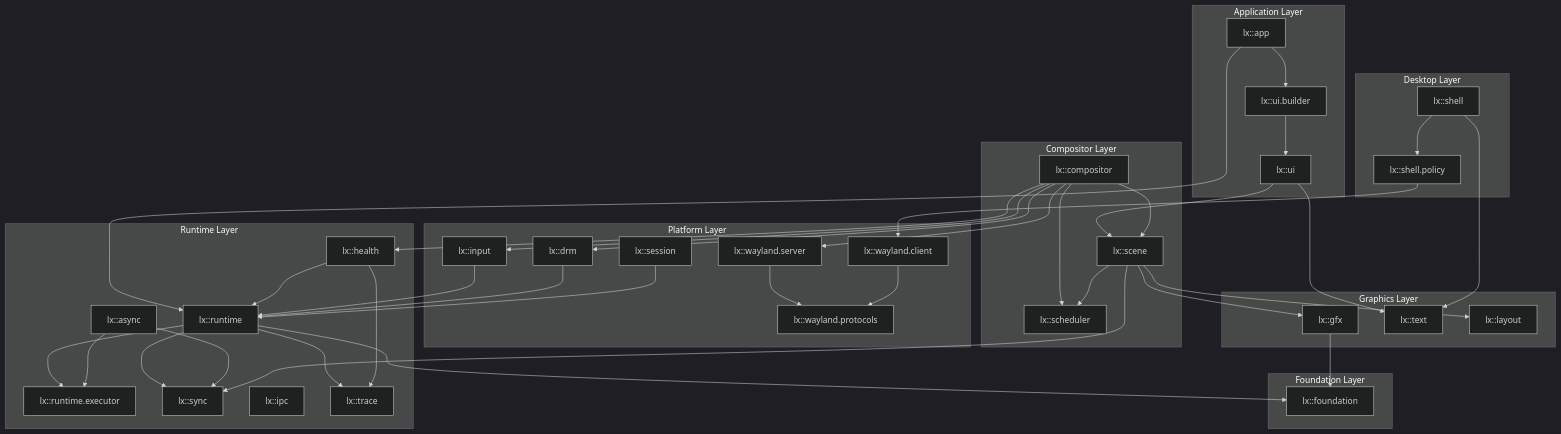
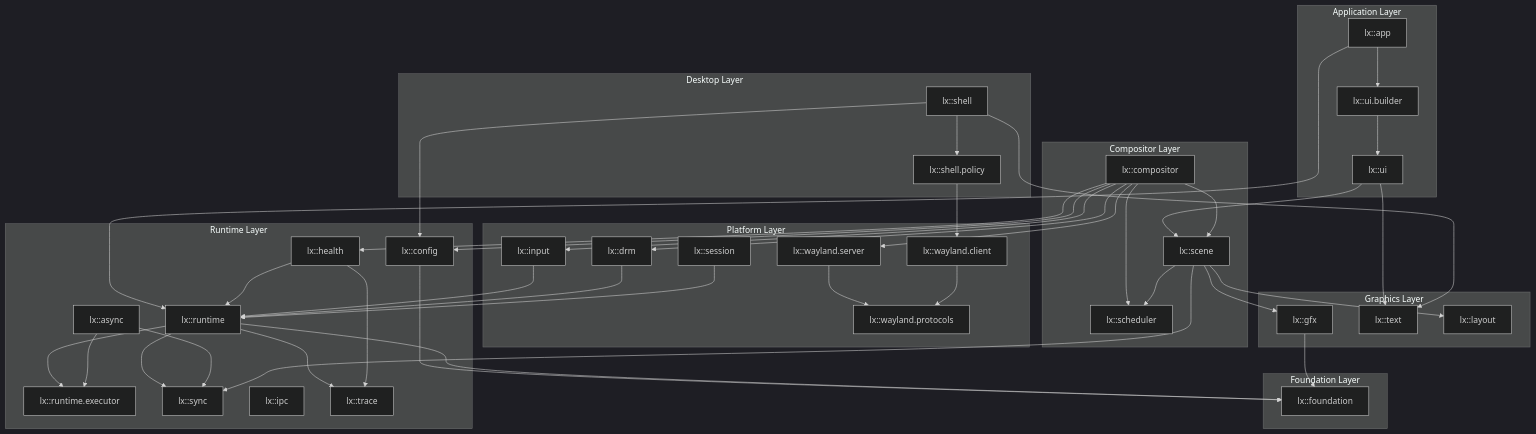
Before and after one commit to dimmus/lumen: the diagram in docs/uml/01-package-layers.mmd, drawn with Mermaid (dark theme). The commit also changed 141 other files, not shown here.

```diff
--- a/docs/uml/01-package-layers.mmd
+++ b/docs/uml/01-package-layers.mmd
@@ -1,79 +1,83 @@
 flowchart TB
     subgraph Apps["Application Layer"]
         APP["lx::app"]
         UI["lx::ui"]
         UIB["lx::ui.builder"]
     end
 
     subgraph Desktop["Desktop Layer"]
         SHELL["lx::shell"]
         POLICY["lx::shell.policy"]
     end
 
     subgraph Compositing["Compositor Layer"]
         COMP["lx::compositor"]
         SCENE["lx::scene"]
         SCHED["lx::scheduler"]
     end
 
     subgraph Graphics["Graphics Layer"]
         GFX["lx::gfx"]
         TEXT["lx::text"]
         LAYOUT["lx::layout"]
     end
 
     subgraph Platform["Platform Layer"]
         WLS["lx::wayland.server"]
         WLC["lx::wayland.client"]
         WLPROT["lx::wayland.protocols"]
         INPUT["lx::input"]
         SESSION["lx::session"]
         DRM["lx::drm"]
     end
 
     subgraph Runtime["Runtime Layer"]
         RT["lx::runtime"]
         EXEC["lx::runtime.executor"]
         SYNC["lx::sync"]
         IPC["lx::ipc"]
         ASYNC["lx::async"]
         TRACE["lx::trace"]
         HEALTH["lx::health"]
+        CONFIG["lx::config"]
     end
 
     subgraph Foundation["Foundation Layer"]
         FOUND["lx::foundation"]
     end
 
     APP --> UIB
     APP --> RT
     UI --> SCENE
     UI --> TEXT
     UIB --> UI
     SHELL --> POLICY
     SHELL --> TEXT
     POLICY --> WLC
     COMP --> WLS
     COMP --> SCENE
     COMP --> SCHED
     COMP --> INPUT
     COMP --> DRM
     COMP --> HEALTH
+    COMP --> CONFIG
+    SHELL --> CONFIG
     SCENE --> GFX
     SCENE --> LAYOUT
     SCENE --> SCHED
     WLS --> WLPROT
     WLC --> WLPROT
     INPUT --> RT
     DRM --> RT
     SESSION --> RT
     GFX --> FOUND
     RT --> EXEC
     RT --> SYNC
     RT --> TRACE
     HEALTH --> RT
     HEALTH --> TRACE
+    CONFIG --> FOUND
     ASYNC --> SYNC
     ASYNC --> EXEC
     SCENE --> SYNC
     RT --> FOUND
```
